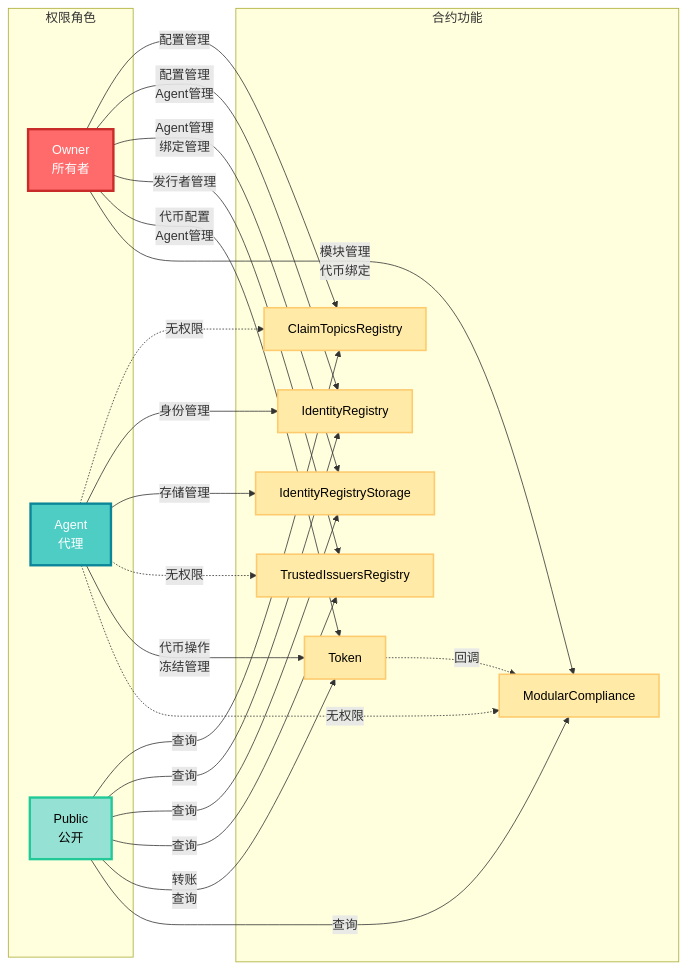
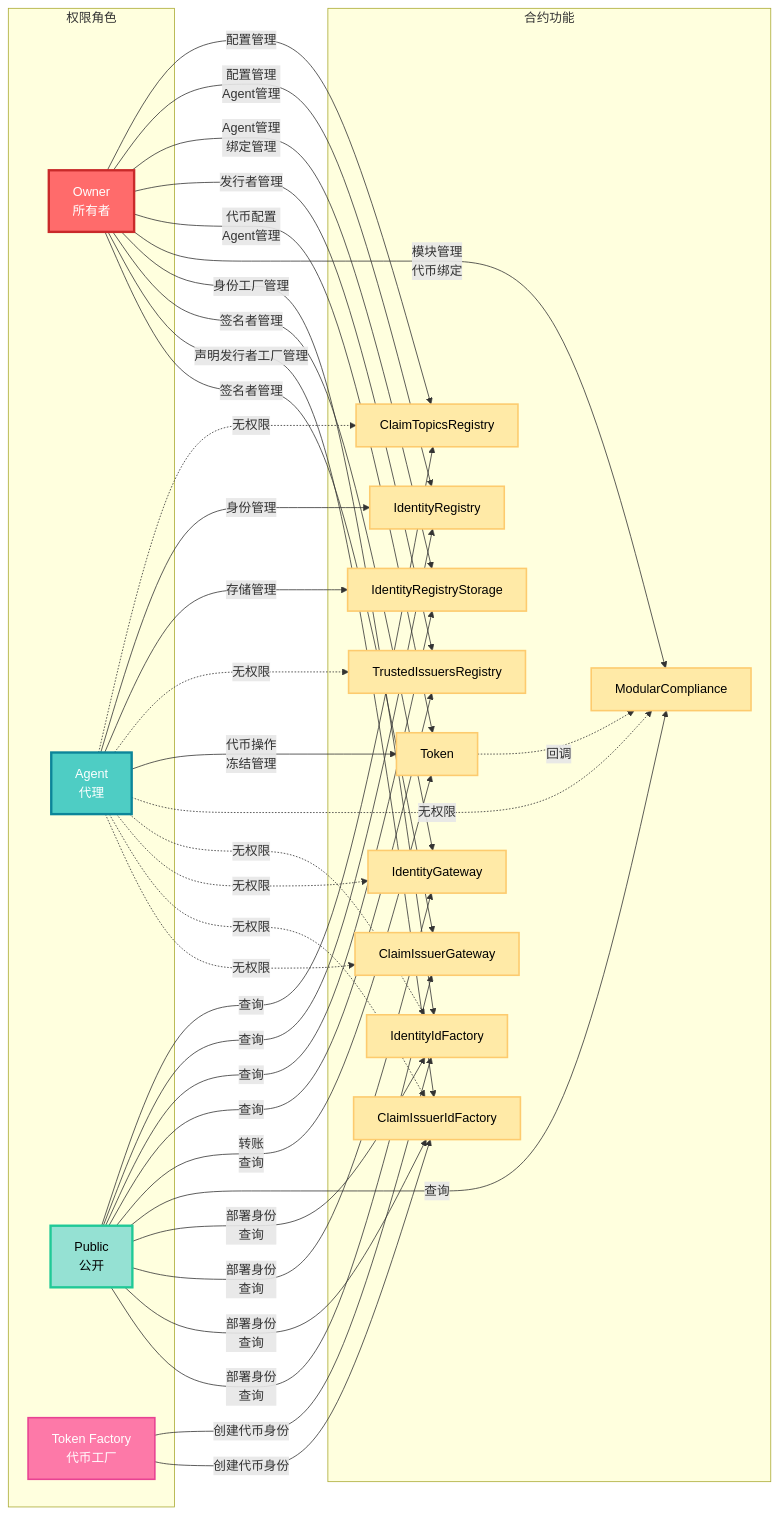
The ninth of 9 diagrams in document/permission.md (Joshuashen022/erc-3643-demo), drawn with Mermaid before and after one commit. The commit also changed other lines of this file and 7 other files, not shown here.

````diff
--- a/document/permission.md
+++ b/document/permission.md
@@ -667,51 +1031,73 @@
 ```mermaid
 graph LR
     subgraph "权限角色"
         Owner[Owner<br/>所有者]
         Agent[Agent<br/>代理]
         Public[Public<br/>公开]
+        TokenFactory[Token Factory<br/>代币工厂]
     end
     
     subgraph "合约功能"
         CTR[ClaimTopicsRegistry]
         IR[IdentityRegistry]
         IRS[IdentityRegistryStorage]
         TIR[TrustedIssuersRegistry]
         Token[Token]
         MC[ModularCompliance]
+        IF[IdentityIdFactory]
+        IG[IdentityGateway]
+        CIF[ClaimIssuerIdFactory]
+        CIG[ClaimIssuerGateway]
     end
     
     Owner -->|配置管理| CTR
     Owner -->|配置管理<br/>Agent管理| IR
     Owner -->|Agent管理<br/>绑定管理| IRS
     Owner -->|发行者管理| TIR
     Owner -->|代币配置<br/>Agent管理| Token
     Owner -->|模块管理<br/>代币绑定| MC
+    Owner -->|身份工厂管理| IF
+    Owner -->|签名者管理| IG
+    Owner -->|声明发行者工厂管理| CIF
+    Owner -->|签名者管理| CIG
     
     Agent -.->|无权限| CTR
     Agent -->|身份管理| IR
     Agent -->|存储管理| IRS
     Agent -.->|无权限| TIR
     Agent -->|代币操作<br/>冻结管理| Token
     Agent -.->|无权限| MC
+    Agent -.->|无权限| IF
+    Agent -.->|无权限| IG
+    Agent -.->|无权限| CIF
+    Agent -.->|无权限| CIG
     
     Public -->|查询| CTR
     Public -->|查询| IR
     Public -->|查询| IRS
     Public -->|查询| TIR
     Public -->|转账<br/>查询| Token
     Public -->|查询| MC
+    Public -->|部署身份<br/>查询| IF
+    Public -->|部署身份<br/>查询| IG
+    Public -->|部署身份<br/>查询| CIF
+    Public -->|部署身份<br/>查询| CIG
+    
+    TokenFactory -->|创建代币身份| IF
+    TokenFactory -->|创建代币身份| CIF
     
     Token -.->|回调| MC
     
     classDef ownerStyle fill:#ff6b6b,stroke:#c92a2a,stroke-width:3px,color:#fff
     classDef agentStyle fill:#4ecdc4,stroke:#0c8599,stroke-width:3px,color:#fff
     classDef publicStyle fill:#95e1d3,stroke:#20c997,stroke-width:3px,color:#000
     classDef contractStyle fill:#ffeaa7,stroke:#fdcb6e,stroke-width:2px,color:#000
     classDef tokenStyle fill:#a29bfe,stroke:#6c5ce7,stroke-width:2px,color:#fff
+    classDef tokenFactoryStyle fill:#fd79a8,stroke:#e84393,stroke-width:2px,color:#fff
     
     class Owner ownerStyle
     class Agent agentStyle
     class Public publicStyle
-    class CTR,IR,IRS,TIR,Token,MC contractStyle
+    class TokenFactory tokenFactoryStyle
+    class CTR,IR,IRS,TIR,Token,MC,IF,IG,CIF,CIG contractStyle
 ```
````
